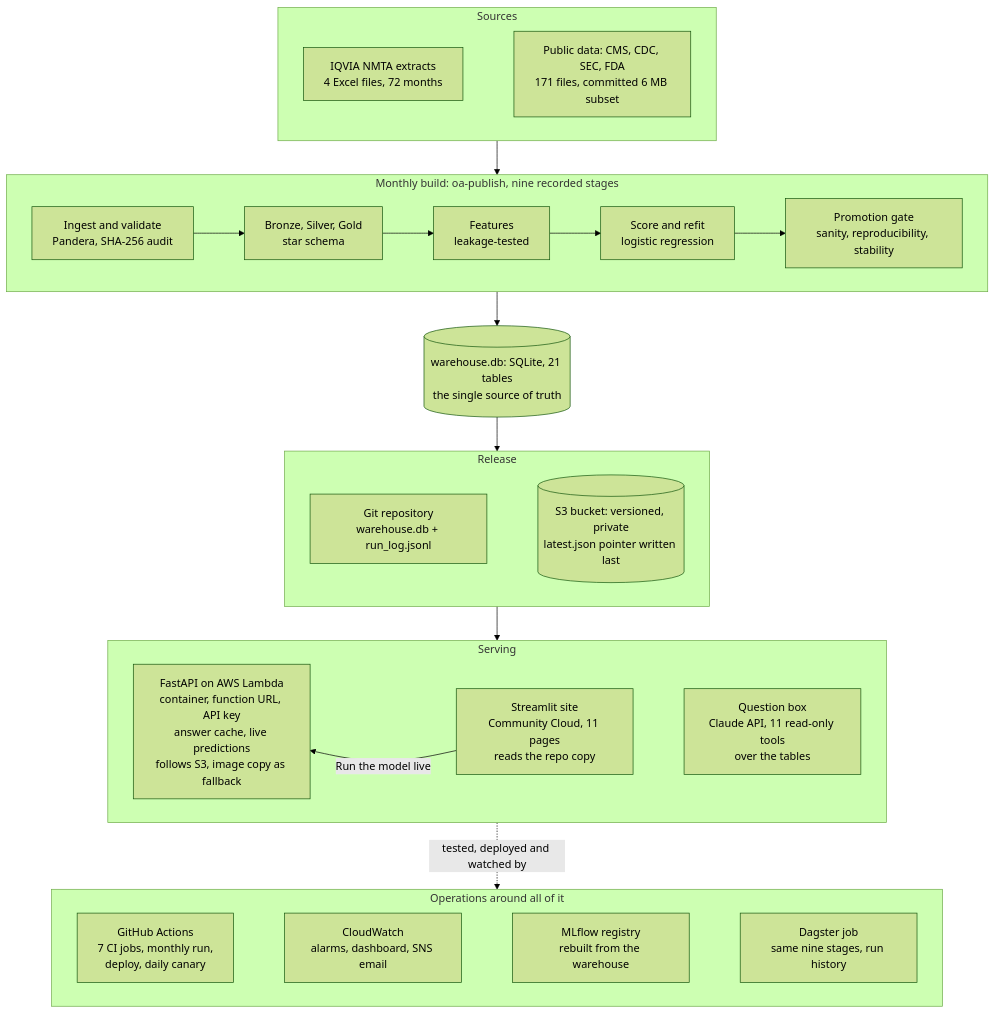
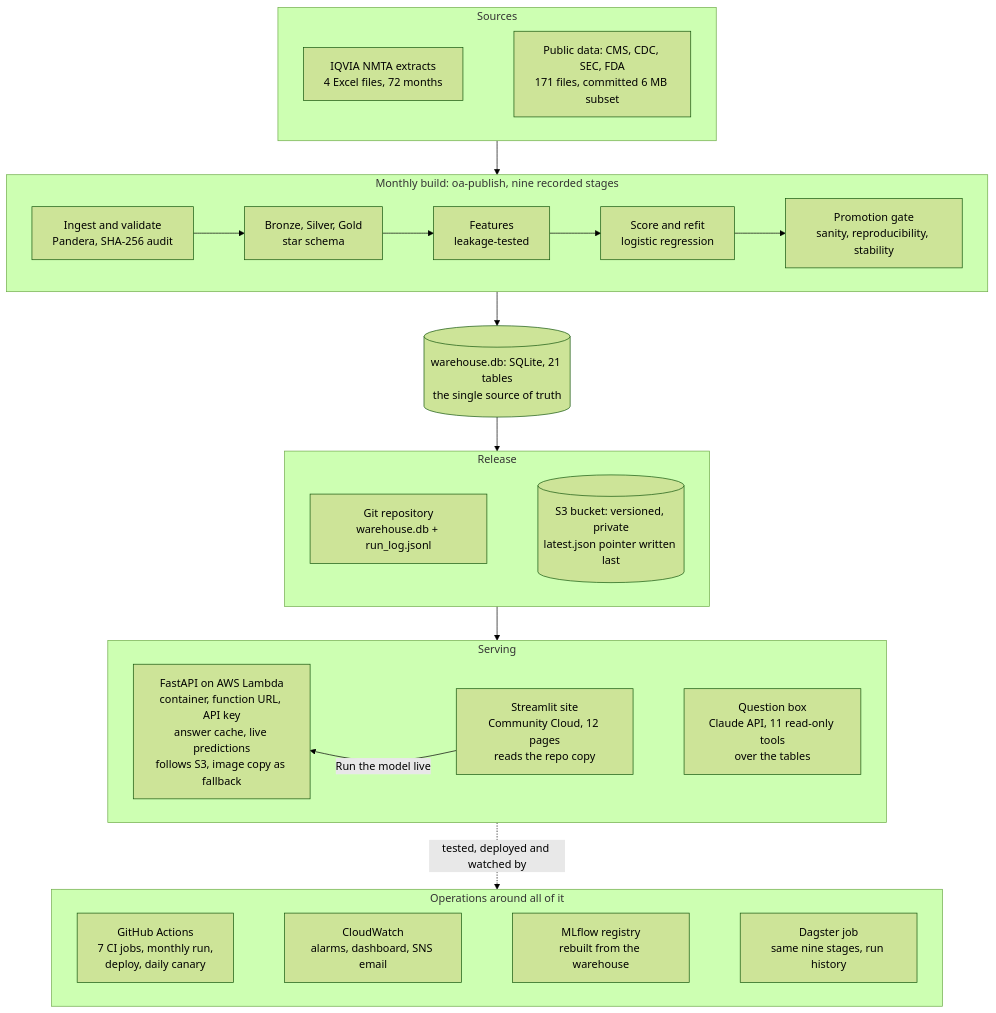
Before and after one commit to tus2014ar/oa-market-intelligence-system: the first of 4 diagrams in docs/architecture.md, drawn with Mermaid (forest theme). The commit also changed other lines of this file and 18 other files, not shown here.

````diff
--- a/docs/architecture.md
+++ b/docs/architecture.md
@@ -18,44 +18,44 @@
 ```mermaid
 flowchart TD
   subgraph SRC["Sources"]
     direction LR
     IQ["IQVIA NMTA extracts<br/>4 Excel files, 72 months"]
     PUB["Public data: CMS, CDC, SEC, FDA<br/>171 files, committed 6 MB subset"]
     IQ ~~~ PUB
   end
 
   subgraph BUILD["Monthly build: oa-publish, nine recorded stages"]
     direction LR
     ING["Ingest and validate<br/>Pandera, SHA-256 audit"] --> WH["Bronze, Silver, Gold<br/>star schema"] --> FEAT["Features<br/>leakage-tested"] --> MOD["Score and refit<br/>logistic regression"] --> GATE["Promotion gate<br/>sanity, reproducibility, stability"]
   end
 
   DB[("warehouse.db: SQLite, 21 tables<br/>the single source of truth")]
 
   subgraph REL["Release"]
     direction LR
     REPO["Git repository<br/>warehouse.db + run_log.jsonl"]
     S3[("S3 bucket: versioned, private<br/>latest.json pointer written last")]
     REPO ~~~ S3
   end
 
   subgraph SERVE["Serving"]
     direction LR
     API["FastAPI on AWS Lambda<br/>container, function URL, API key<br/>answer cache, live predictions<br/>follows S3, image copy as fallback"]
-    SITE["Streamlit site<br/>Community Cloud, 11 pages<br/>reads the repo copy"]
+    SITE["Streamlit site<br/>Community Cloud, 12 pages<br/>reads the repo copy"]
     ASK["Question box<br/>Claude API, 11 read-only tools<br/>over the tables"]
     API ~~~ SITE ~~~ ASK
   end
 
   subgraph OPS["Operations around all of it"]
     direction LR
     CI["GitHub Actions<br/>7 CI jobs, monthly run,<br/>deploy, daily canary"]
     CW["CloudWatch<br/>alarms, dashboard, SNS email"]
     ML["MLflow registry<br/>rebuilt from the warehouse"]
     DG["Dagster job<br/>same nine stages, run history"]
     CI ~~~ CW ~~~ ML ~~~ DG
   end
 
   SRC --> BUILD --> DB --> REL --> SERVE
   SERVE -. "tested, deployed and watched by" .-> OPS
   SITE -- "Run the model live" --> API
 ```
````
